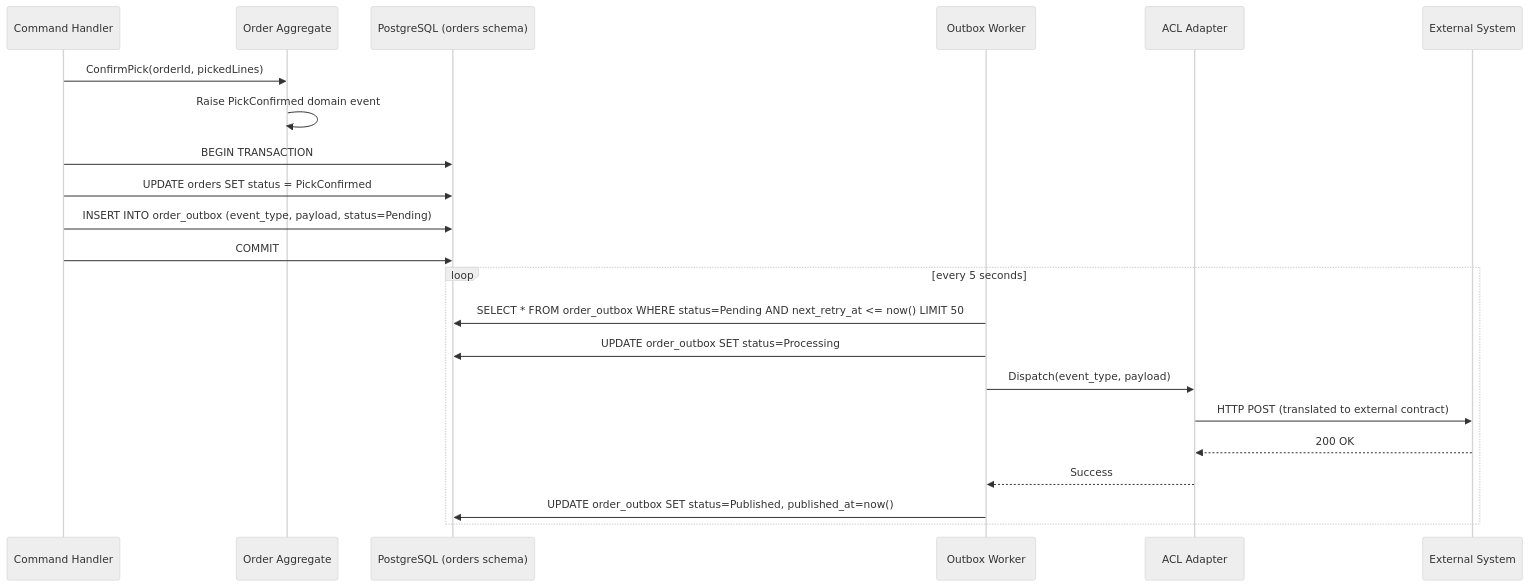
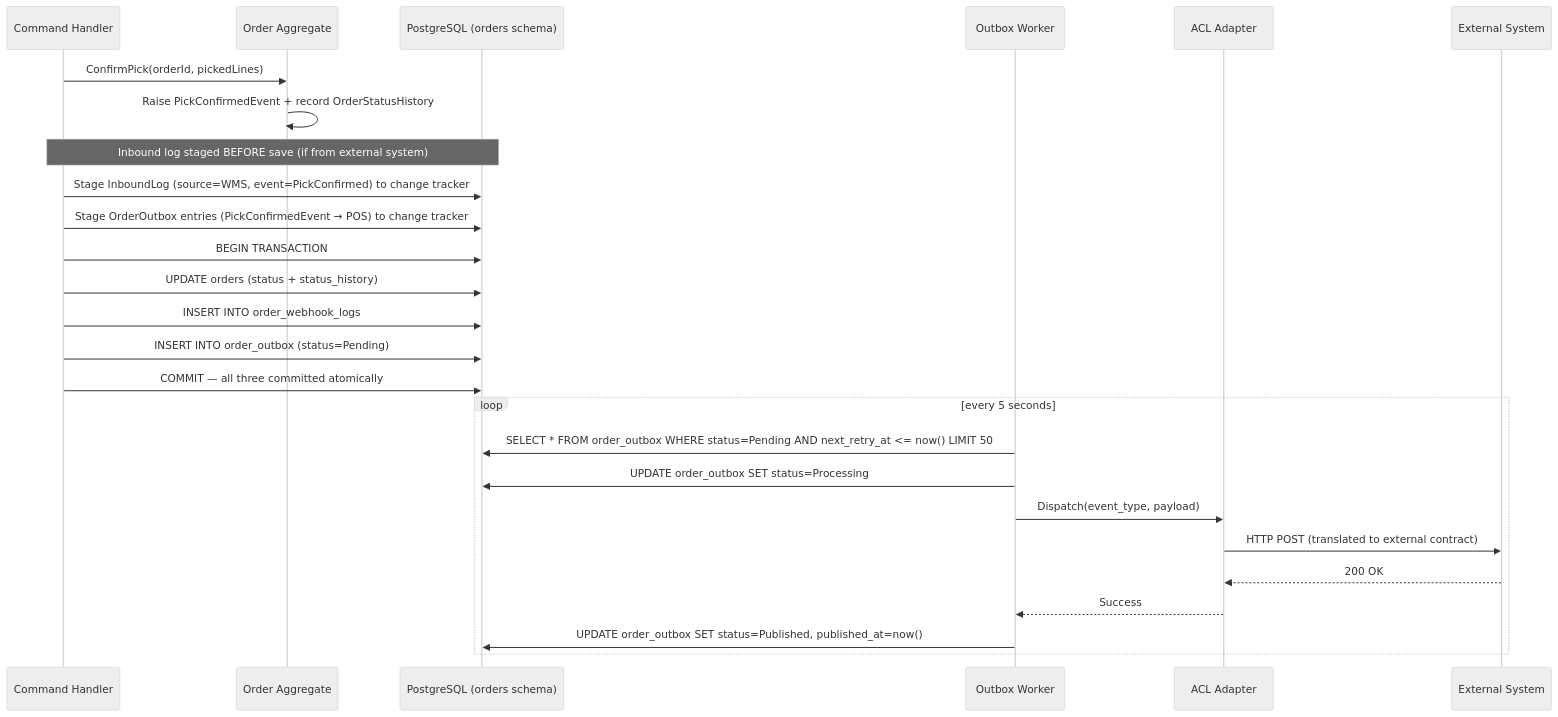
One commit to rosered11/personal-claude changed the third of 3 diagrams in result/oms-architecture.md. Above: the diagram before and after it, drawn with Mermaid (neutral theme). The commit also changed other lines of this file and 184 other files, not shown here.

````diff
--- a/result/oms-architecture.md
+++ b/result/oms-architecture.md
@@ -188,26 +192,30 @@
 ```mermaid
 sequenceDiagram
     participant CMD as Command Handler
     participant AGG as Order Aggregate
     participant DB as PostgreSQL (orders schema)
     participant WORKER as Outbox Worker
     participant ACL as ACL Adapter
     participant EXT as External System
 
     CMD->>AGG: ConfirmPick(orderId, pickedLines)
-    AGG->>AGG: Raise PickConfirmed domain event
+    AGG->>AGG: Raise PickConfirmedEvent + record OrderStatusHistory
+    Note over CMD,DB: Inbound log staged BEFORE save (if from external system)
+    CMD->>DB: Stage InboundLog (source=WMS, event=PickConfirmed) to change tracker
+    CMD->>DB: Stage OrderOutbox entries (PickConfirmedEvent → POS) to change tracker
     CMD->>DB: BEGIN TRANSACTION
-    CMD->>DB: UPDATE orders SET status = PickConfirmed
-    CMD->>DB: INSERT INTO order_outbox (event_type, payload, status=Pending)
-    CMD->>DB: COMMIT
+    CMD->>DB: UPDATE orders (status + status_history)
+    CMD->>DB: INSERT INTO order_webhook_logs
+    CMD->>DB: INSERT INTO order_outbox (status=Pending)
+    CMD->>DB: COMMIT — all three committed atomically
 
     loop every 5 seconds
         WORKER->>DB: SELECT * FROM order_outbox WHERE status=Pending AND next_retry_at <= now() LIMIT 50
         WORKER->>DB: UPDATE order_outbox SET status=Processing
         WORKER->>ACL: Dispatch(event_type, payload)
         ACL->>EXT: HTTP POST (translated to external contract)
         EXT-->>ACL: 200 OK
         ACL-->>WORKER: Success
         WORKER->>DB: UPDATE order_outbox SET status=Published, published_at=now()
     end
 ```
````
